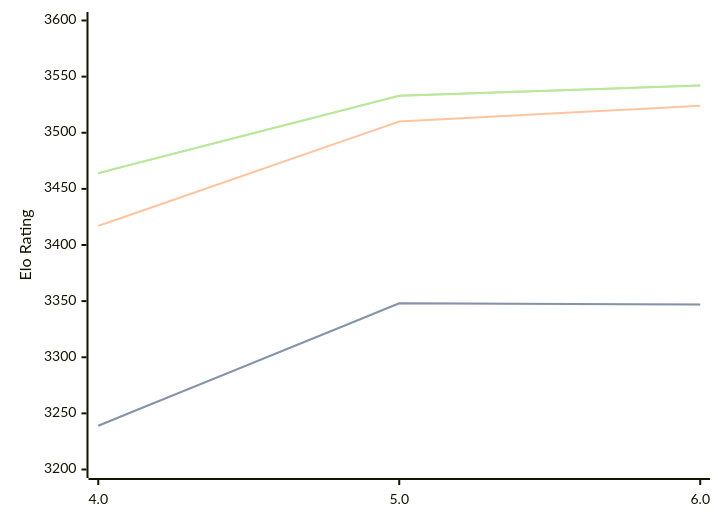
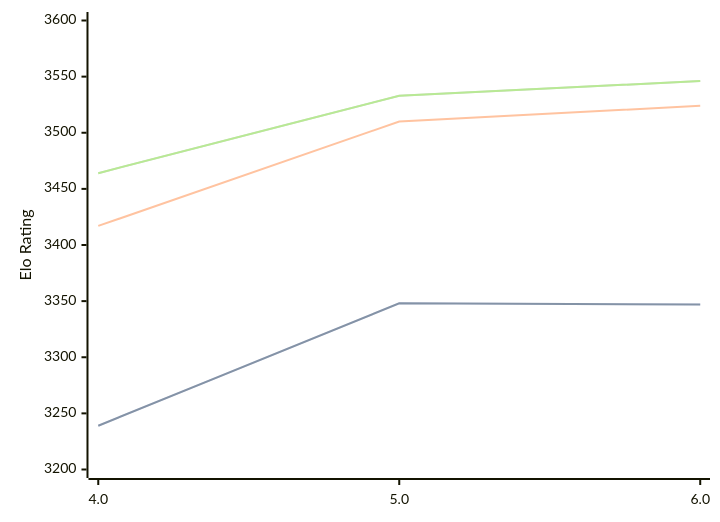
Before and after one commit to computer-chess-index/cci: the first of 3 diagrams in engines/Tarnished.md, drawn with Mermaid. The commit also changed other lines of this file, not shown here.

Commit message:
Update CCI Ratings (ELO VLTC) - 2026-06-18

````diff
--- a/engines/Tarnished.md
+++ b/engines/Tarnished.md
@@ -37,11 +37,11 @@
 ```mermaid
 %%{init: {"theme":"base","themeVariables":{"seriesColors:['#a3a3a3','#222221','#faa371']}}}%%
 xychart-beta
   x-axis ["4.0", "5.0", "6.0"]
   y-axis "Elo Rating" 3200 --> 3600
   line "STC (8.0+0.08s)" [3239, 3348, 3347]
   line "STC (8.0+0.08s)" [3239, 3348, 3347]
   line "LTC (60.0+0.60s)" [3417, 3510, 3524]
-  line "VLTC (2m24s+1.12s)" [3464, 3533, 3542]
-  line "VLTC (2m24s+1.12s)" [3464, 3533, 3542]
+  line "VLTC (2m24s+1.12s)" [3464, 3533, 3546]
+  line "VLTC (2m24s+1.12s)" [3464, 3533, 3546]
 ```
````
